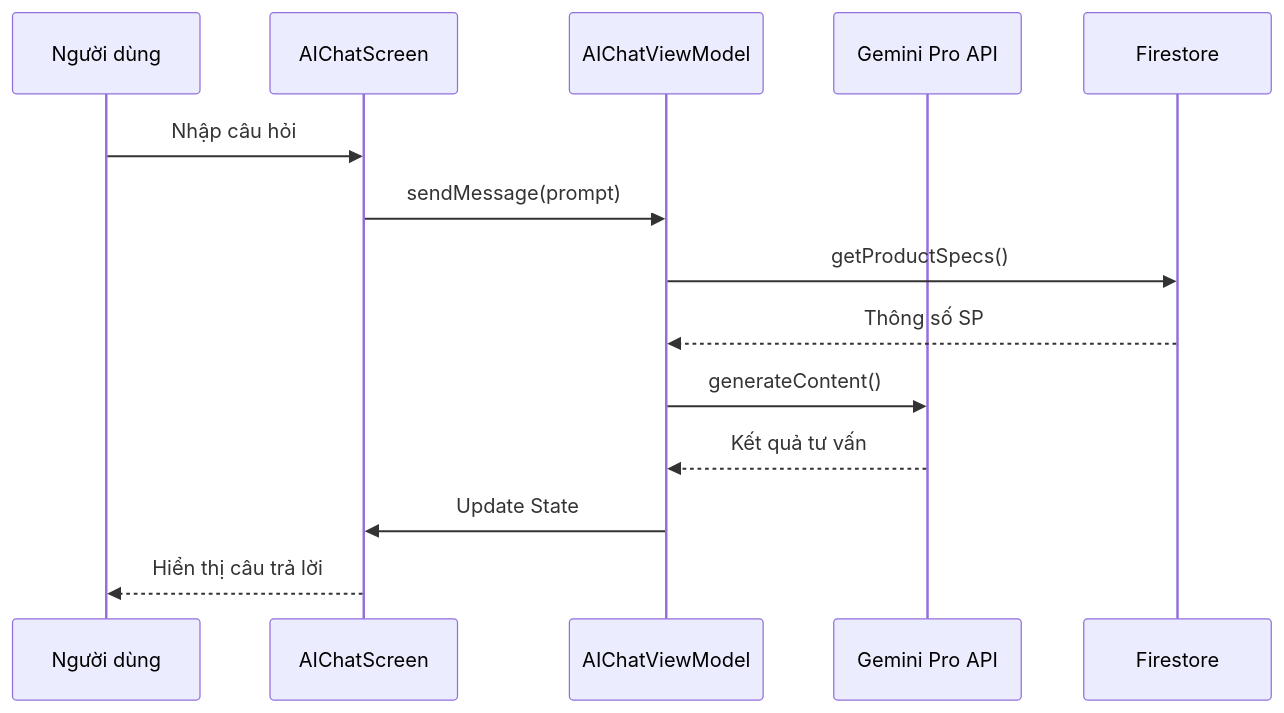
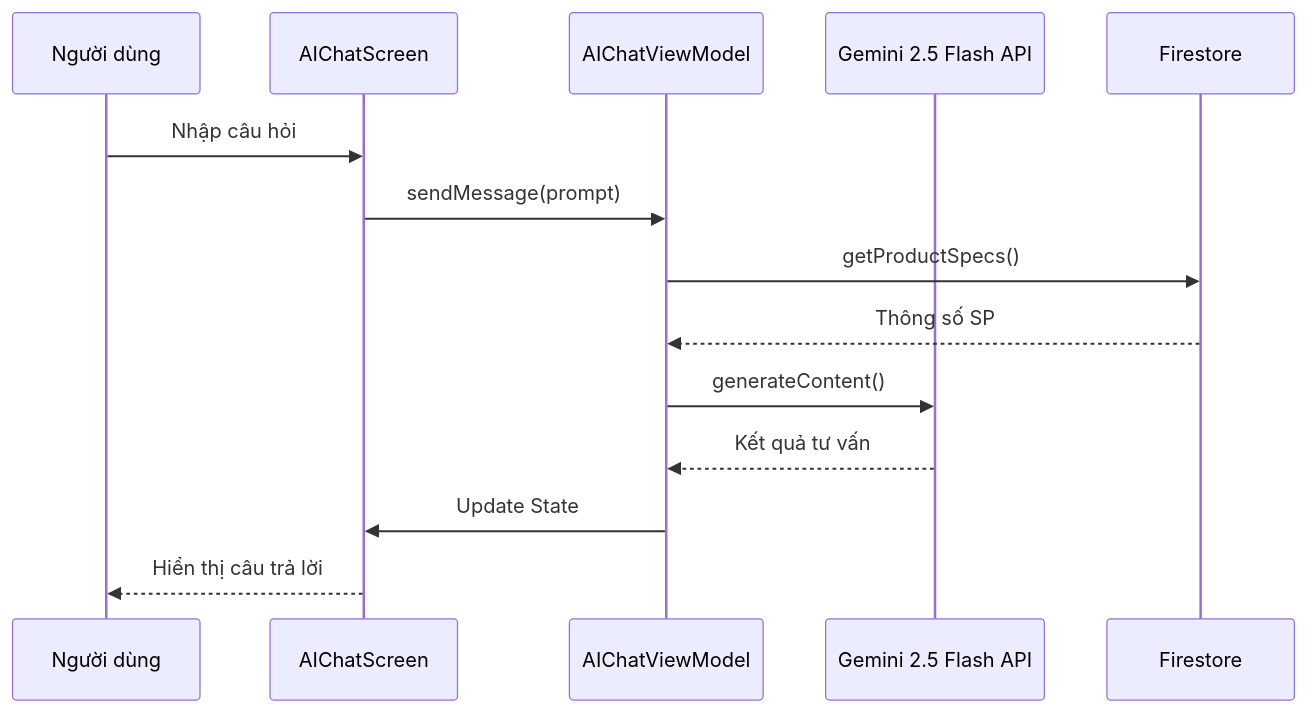
Before and after one commit to dungcodedao/EasyShop: the first of 2 diagrams in thesis_docs/diagrams/diagram_uml_sequence.md, drawn with Mermaid. The commit also changed 41 other files, not shown here.

````diff
--- a/thesis_docs/diagrams/diagram_uml_sequence.md
+++ b/thesis_docs/diagrams/diagram_uml_sequence.md
@@ -4,17 +4,17 @@
 ```mermaid
 sequenceDiagram
     participant User as Người dùng
     participant UI as AIChatScreen
     participant VM as AIChatViewModel
-    participant Gemini as Gemini Pro API
+    participant Gemini as Gemini 2.5 Flash API
     participant DB as Firestore
 
     User->>UI: Nhập câu hỏi
     UI->>VM: sendMessage(prompt)
     VM->>DB: getProductSpecs()
     DB-->>VM: Thông số SP
     VM->>Gemini: generateContent()
     Gemini-->>VM: Kết quả tư vấn
     VM->>UI: Update State
     UI-->>User: Hiển thị câu trả lời
 ```
````
